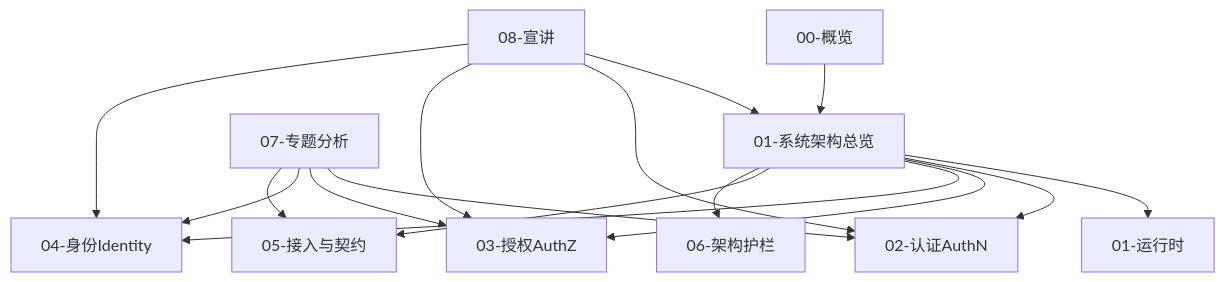
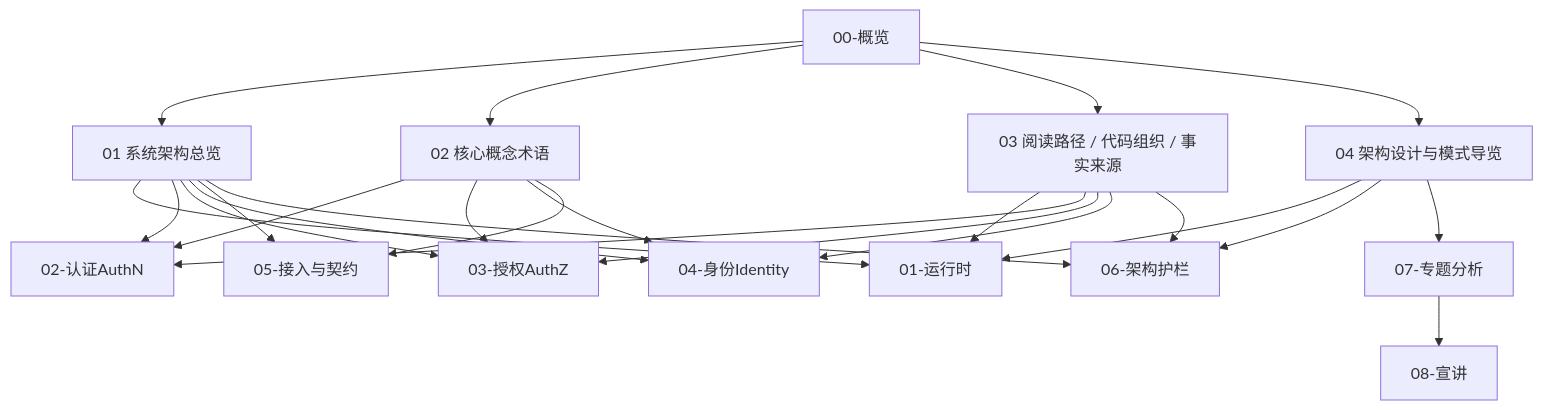
Before and after one commit to FangcunMount/iam: the diagram in docs/00-概览/README.md, drawn with Mermaid. The commit also changed other lines of this file and 4 other files, not shown here.

````diff
--- a/docs/00-概览/README.md
+++ b/docs/00-概览/README.md
@@ -78,33 +109,47 @@
 ```mermaid
 flowchart TD
     Overview["00-概览"]
-    Arch["01-系统架构总览"]
+
+    Arch["01 系统架构总览"]
+    Terms["02 核心概念术语"]
+    Paths["03 阅读路径 / 代码组织 / 事实来源"]
+    Patterns["04 架构设计与模式导览"]
 
     Runtime["01-运行时"]
     AuthN["02-认证AuthN"]
     AuthZ["03-授权AuthZ"]
     Identity["04-身份Identity"]
     Access["05-接入与契约"]
     Guard["06-架构护栏"]
     Analysis["07-专题分析"]
     Presentation["08-宣讲"]
 
     Overview --> Arch
+    Overview --> Terms
+    Overview --> Paths
+    Overview --> Patterns
 
     Arch --> Runtime
     Arch --> AuthN
     Arch --> AuthZ
     Arch --> Identity
     Arch --> Access
     Arch --> Guard
 
-    Analysis --> AuthN
-    Analysis --> AuthZ
-    Analysis --> Identity
-    Analysis --> Access
+    Terms --> AuthN
+    Terms --> AuthZ
+    Terms --> Identity
+    Terms --> Access
 
-    Presentation --> Arch
-    Presentation --> AuthN
-    Presentation --> AuthZ
-    Presentation --> Identity
+    Paths --> Runtime
+    Paths --> AuthN
+    Paths --> AuthZ
+    Paths --> Identity
+    Paths --> Guard
+
+    Patterns --> Runtime
+    Patterns --> Guard
+    Patterns --> Analysis
+
+    Analysis --> Presentation
 ```
````
